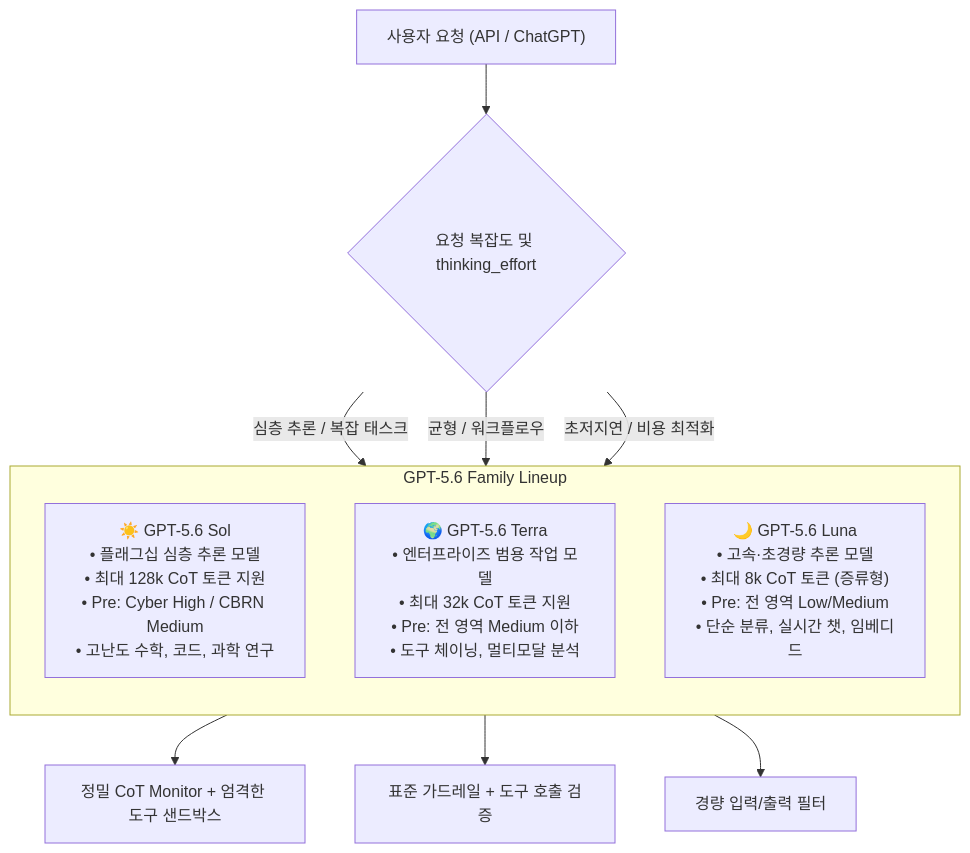
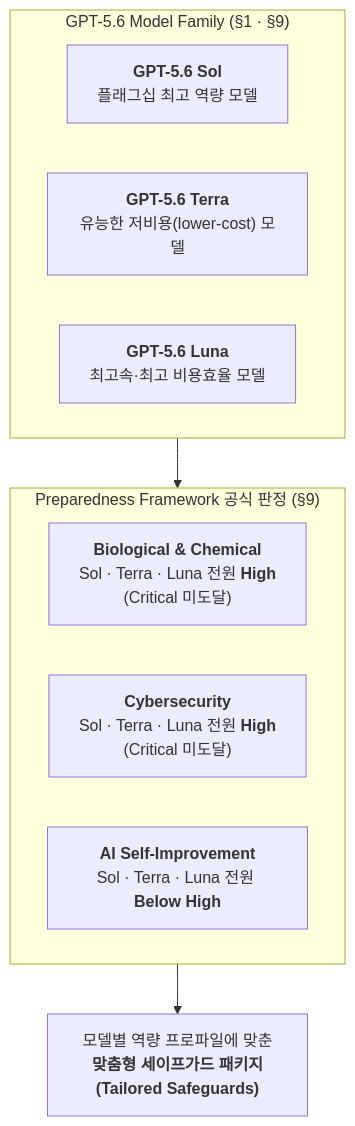
One commit to likerberi/corpuse changed the first of 2 diagrams in reviews/week-06/review_week06.md. Above: the diagram before and after it, drawn with Mermaid. The commit also changed other lines of this file and 3 other files, not shown here.

````diff
--- a/reviews/week-06/review_week06.md
+++ b/reviews/week-06/review_week06.md
@@ -56,19 +39,17 @@
 ```mermaid
 flowchart TD
-    UserReq["사용자 요청 (API / ChatGPT)"] --> TierRouter{"요청 복잡도 및 thinking_effort"}
-    
-    subgraph GPT56_Family["GPT-5.6 Family Lineup"]
-        direction TB
-        Sol["☀️ GPT-5.6 Sol<br/>• 플래그십 심층 추론 모델<br/>• 최대 128k CoT 토큰 지원<br/>• Pre: Cyber High / CBRN Medium<br/>• 고난도 수학, 코드, 과학 연구"]
-        Terra["🌍 GPT-5.6 Terra<br/>• 엔터프라이즈 범용 작업 모델<br/>• 최대 32k CoT 토큰 지원<br/>• Pre: 전 영역 Medium 이하<br/>• 도구 체이닝, 멀티모달 분석"]
-        Luna["🌙 GPT-5.6 Luna<br/>• 고속·초경량 추론 모델<br/>• 최대 8k CoT 토큰 (증류형)<br/>• Pre: 전 영역 Low/Medium<br/>• 단순 분류, 실시간 챗, 임베디드"]
+    subgraph Family["GPT-5.6 Model Family (§1 · §9)"]
+        Sol["<b>GPT-5.6 Sol</b><br/>플래그십 최고 역량 모델"]
+        Terra["<b>GPT-5.6 Terra</b><br/>유능한 저비용(lower-cost) 모델"]
+        Luna["<b>GPT-5.6 Luna</b><br/>최고속·최고 비용효율 모델"]
     end
 
-    TierRouter -- "심층 추론 / 복잡 태스크" --> Sol
-    TierRouter -- "균형 / 워크플로우" --> Terra
-    TierRouter -- "초저지연 / 비용 최적화" --> Luna
+    subgraph Prep["Preparedness Framework 공식 판정 (§9)"]
+        Bio["<b>Biological & Chemical</b><br/>Sol · Terra · Luna 전원 <b>High</b><br/>(Critical 미도달)"]
+        Cyber["<b>Cybersecurity</b><br/>Sol · Terra · Luna 전원 <b>High</b><br/>(Critical 미도달)"]
+        SI["<b>AI Self-Improvement</b><br/>Sol · Terra · Luna 전원 <b>Below High</b>"]
+    end
 
-    Sol --> SolGuard["정밀 CoT Monitor + 엄격한 도구 샌드박스"]
-    Terra --> TerraGuard["표준 가드레일 + 도구 호출 검증"]
-    Luna --> LunaGuard["경량 입력/출력 필터"]
+    Family --> Prep
+    Prep --> Stack["모델별 역량 프로파일에 맞춘<br/><b>맞춤형 세이프가드 패키지(Tailored Safeguards)</b>"]
 ```
````
